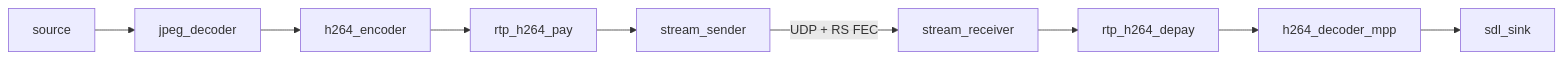
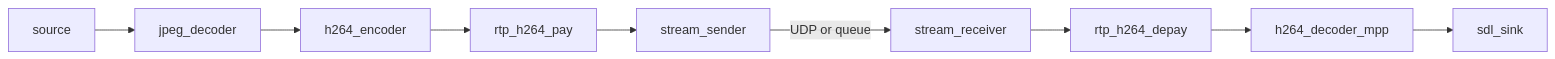
The diagram in docs/vstreamer.md (FlyingComputer2/vstreamer), drawn with Mermaid before and after one commit. The commit also changed other lines of this file and 48 other files, not shown here.

First line of the commit message:
Remove FEC from vstreamer; keep the stream and its link reports

````diff
--- a/docs/vstreamer.md
+++ b/docs/vstreamer.md
@@ -12,6 +13,6 @@
 ```mermaid
 flowchart LR
   src[source] --> jdec[jpeg_decoder] --> enc[h264_encoder] --> pay[rtp_h264_pay] --> snd[stream_sender]
-  snd -- UDP + RS FEC --> rcv[stream_receiver]
+  snd -- UDP or queue --> rcv[stream_receiver]
   rcv --> dep[rtp_h264_depay] --> dec[h264_decoder_mpp] --> sdl[sdl_sink]
 ```
````
